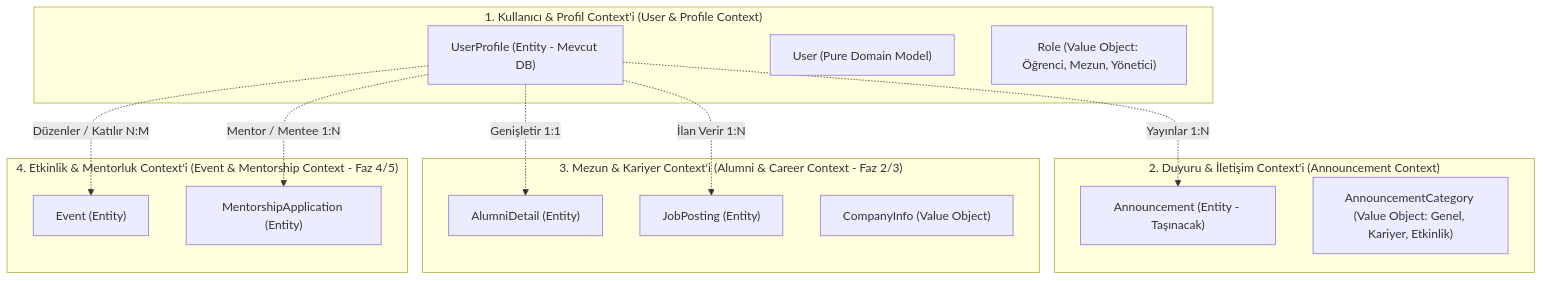
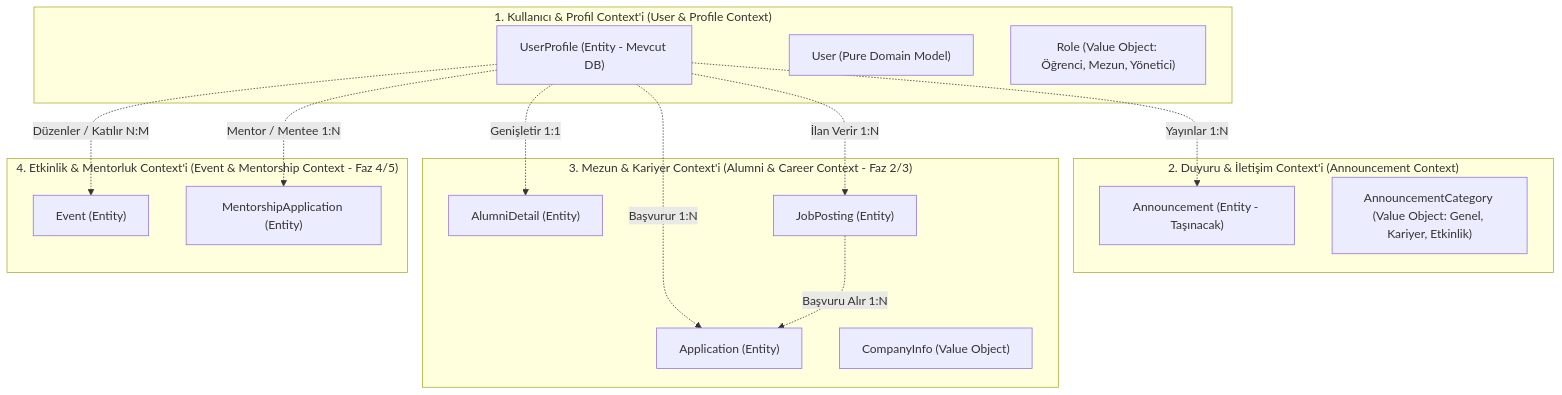
The first of 3 diagrams in ddd.md (BahaBadem/alumni), drawn with Mermaid before and after one commit. The commit also changed other lines of this file and 31 other files, not shown here.

Commit message:
job-posting ve applications uygulandı

````diff
--- a/ddd.md
+++ b/ddd.md
@@ -122,30 +143,33 @@
 ```mermaid
 flowchart TB
     subgraph Context1 ["1. Kullanıcı & Profil Context'i (User & Profile Context)"]
         UserProfile["UserProfile (Entity - Mevcut DB)"]
         UserDomain["User (Pure Domain Model)"]
         Role["Role (Value Object: Öğrenci, Mezun, Yönetici)"]
     end
 
     subgraph Context2 ["2. Duyuru & İletişim Context'i (Announcement Context)"]
         Announcement["Announcement (Entity - Taşınacak)"]
         Category["AnnouncementCategory (Value Object: Genel, Kariyer, Etkinlik)"]
     end
 
     subgraph Context3 ["3. Mezun & Kariyer Context'i (Alumni & Career Context - Faz 2/3)"]
         AlumniDetail["AlumniDetail (Entity)"]
         JobPosting["JobPosting (Entity)"]
+        Application["Application (Entity)"]
         Company["CompanyInfo (Value Object)"]
     end
 
     subgraph Context4 ["4. Etkinlik & Mentorluk Context'i (Event & Mentorship Context - Faz 4/5)"]
         Event["Event (Entity)"]
         Mentorship["MentorshipApplication (Entity)"]
     end
 
     UserProfile -.->|Genişletir 1:1| AlumniDetail
     UserProfile -.->|Yayınlar 1:N| Announcement
     UserProfile -.->|İlan Verir 1:N| JobPosting
+    UserProfile -.->|Başvurur 1:N| Application
+    JobPosting -.->|Başvuru Alır 1:N| Application
     UserProfile -.->|Düzenler / Katılır N:M| Event
     UserProfile -.->|Mentor / Mentee 1:N| Mentorship
 ```
````
